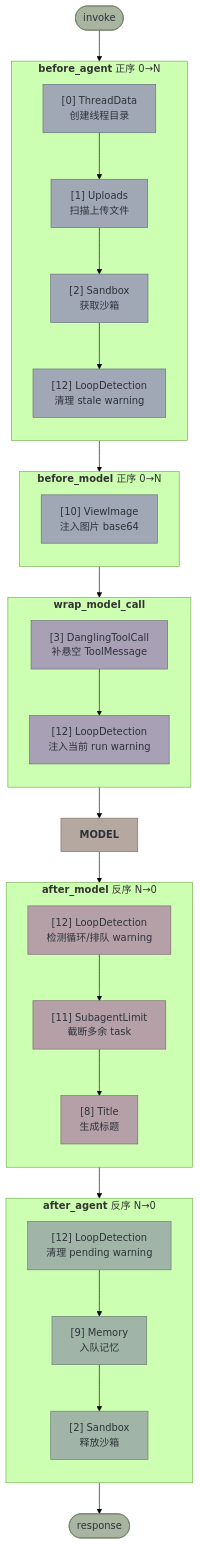
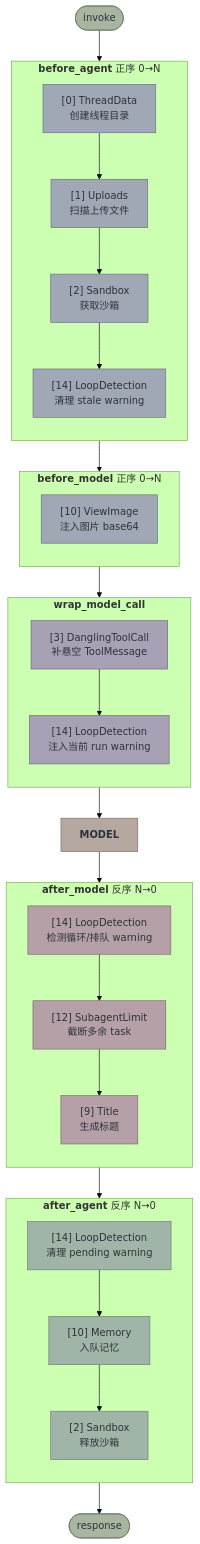
One commit to bytedance/deer-flow changed the first of 4 diagrams in backend/docs/middleware-execution-flow.md. Above: the diagram before and after it, drawn with Mermaid (forest theme). The commit also changed other lines of this file and 13 other files, not shown here.

````diff
--- a/backend/docs/middleware-execution-flow.md
+++ b/backend/docs/middleware-execution-flow.md
@@ -32,52 +35,52 @@
 ```mermaid
 graph TB
     START(["invoke"]) --> TD
 
     subgraph BA ["<b>before_agent</b> 正序 0→N"]
         direction TB
-        TD["[0] ThreadData<br/>创建线程目录"] --> UL["[1] Uploads<br/>扫描上传文件"] --> SB["[2] Sandbox<br/>获取沙箱"] --> LD_BA["[12] LoopDetection<br/>清理 stale warning"]
+        TD["[0] ThreadData<br/>创建线程目录"] --> UL["[1] Uploads<br/>扫描上传文件"] --> SB["[2] Sandbox<br/>获取沙箱"] --> LD_BA["[14] LoopDetection<br/>清理 stale warning"]
     end
 
     subgraph BM ["<b>before_model</b> 正序 0→N"]
         direction TB
         VI["[10] ViewImage<br/>注入图片 base64"]
     end
 
     subgraph WM ["<b>wrap_model_call</b>"]
         direction TB
-        DTC_WM["[3] DanglingToolCall<br/>补悬空 ToolMessage"] --> LD_WM["[12] LoopDetection<br/>注入当前 run warning"]
+        DTC_WM["[3] DanglingToolCall<br/>补悬空 ToolMessage"] --> LD_WM["[14] LoopDetection<br/>注入当前 run warning"]
     end
 
     LD_BA --> VI
     VI --> DTC_WM
     LD_WM --> M["<b>MODEL</b>"]
 
     subgraph AM ["<b>after_model</b> 反序 N→0"]
         direction TB
-        LD["[12] LoopDetection<br/>检测循环/排队 warning"] --> SL["[11] SubagentLimit<br/>截断多余 task"] --> TI["[8] Title<br/>生成标题"]
+        LD["[14] LoopDetection<br/>检测循环/排队 warning"] --> SL["[12] SubagentLimit<br/>截断多余 task"] --> TI["[9] Title<br/>生成标题"]
     end
 
     M --> LD
 
     subgraph AA ["<b>after_agent</b> 反序 N→0"]
         direction TB
-        LD_CLEAN["[12] LoopDetection<br/>清理 pending warning"] --> MEM["[9] Memory<br/>入队记忆"] --> SBR["[2] Sandbox<br/>释放沙箱"]
+        LD_CLEAN["[14] LoopDetection<br/>清理 pending warning"] --> MEM["[10] Memory<br/>入队记忆"] --> SBR["[2] Sandbox<br/>释放沙箱"]
     end
 
     TI --> LD_CLEAN
     SBR --> END(["response"])
 
     classDef beforeNode fill:#a0a8b5,stroke:#636b7a,color:#2d3239
     classDef modelNode fill:#b5a8a0,stroke:#7a6b63,color:#2d3239
     classDef wrapModelNode fill:#a8a0b5,stroke:#6b637a,color:#2d3239
     classDef afterModelNode fill:#b5a0a8,stroke:#7a636b,color:#2d3239
     classDef afterAgentNode fill:#a0b5a8,stroke:#637a6b,color:#2d3239
     classDef terminalNode fill:#a8b5a0,stroke:#6b7a63,color:#2d3239
 
     class TD,UL,SB,LD_BA,VI beforeNode
     class DTC_WM,LD_WM wrapModelNode
     class M modelNode
     class LD,SL,TI afterModelNode
     class LD_CLEAN,SBR,MEM afterAgentNode
     class START,END terminalNode
 ```
````
